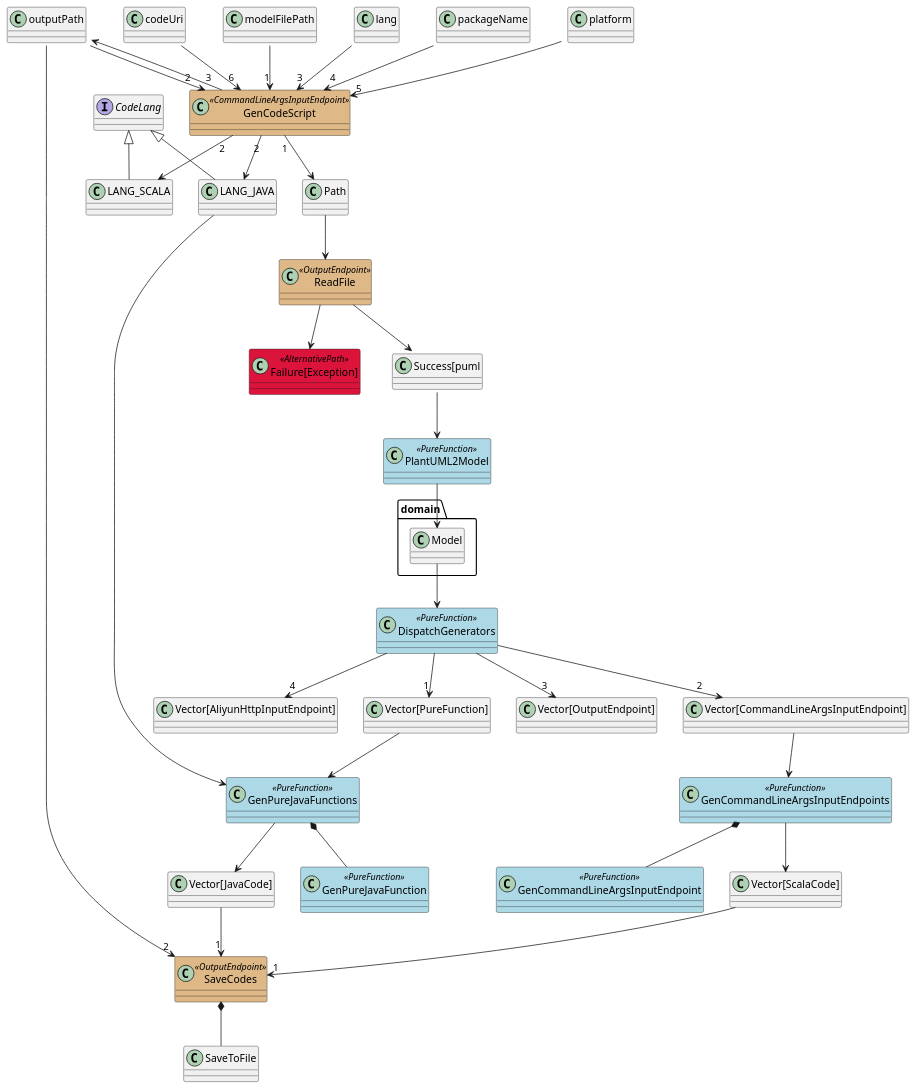
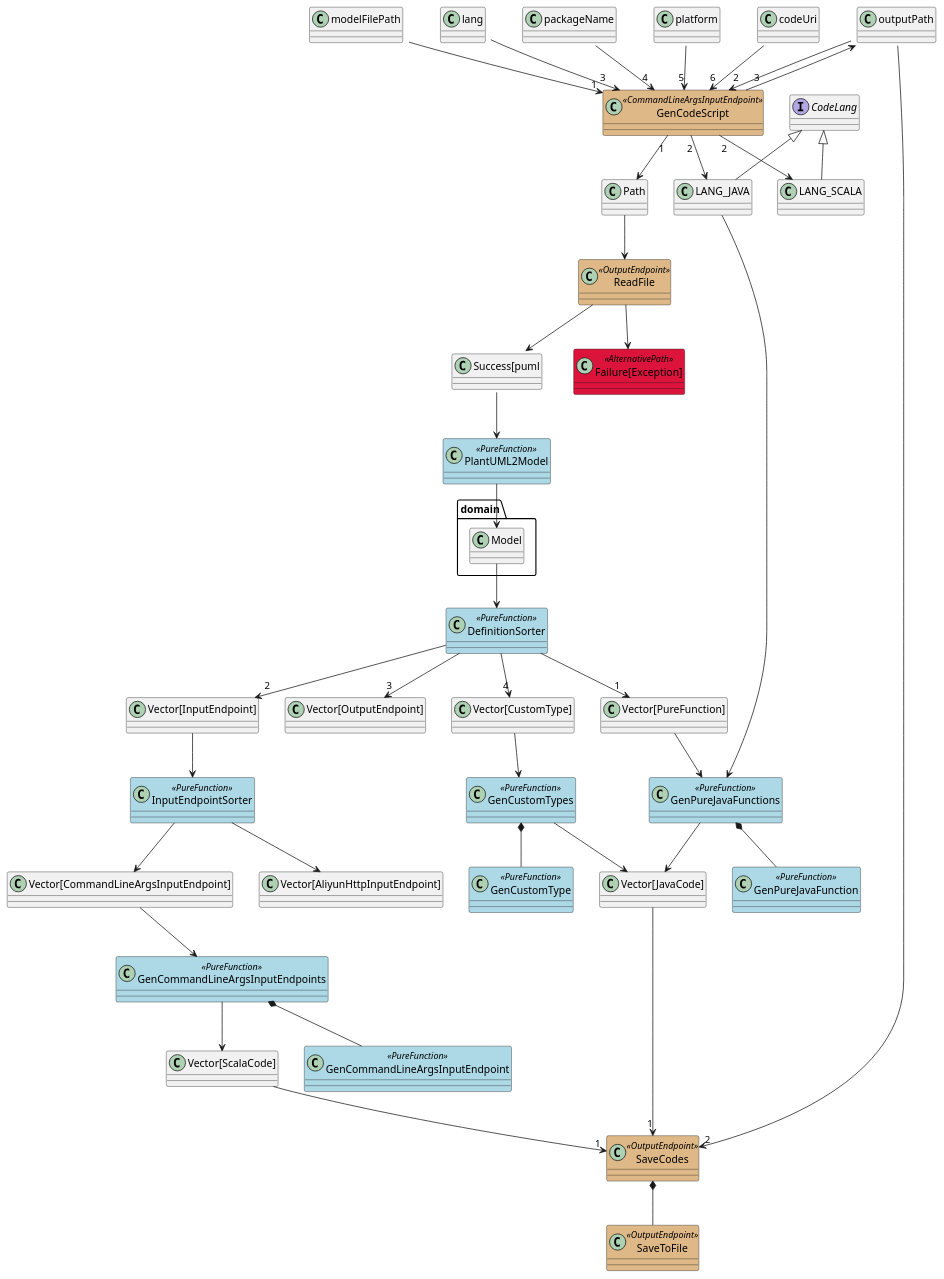
The diagram in typeflow/tooling/GenCode.puml (notyy/TypeFlow), drawn with PlantUML before and after one commit.

Commit message:
improving GenCode model

```diff
--- a/typeflow/tooling/GenCode.puml
+++ b/typeflow/tooling/GenCode.puml
@@ -1,56 +1,66 @@
 @startuml
 skinparam class {
 	BackgroundColor<<CommandLineInputEndpoint>> BurlyWood
 	BackgroundColor<<CommandLineArgsInputEndpoint>> BurlyWood
 	BackgroundColor<<AliyunHttpInputEndpoint>> BurlyWood
 	BackgroundColor<<OutputEndpoint>> BurlyWood
 	BackgroundColor<<PureFunction>> LightBlue
 	BackgroundColor<<AlternativePath>> Crimson
 }
 
 class GenCodeScript <<CommandLineArgsInputEndpoint>>
 class ReadFile <<OutputEndpoint>>
 class PlantUML2Model <<PureFunction>>
 class GenPureJavaFunctions <<PureFunction>>
 class GenPureJavaFunction <<PureFunction>>
 class GenCommandLineArgsInputEndpoints <<PureFunction>>
 class GenCommandLineArgsInputEndpoint <<PureFunction>>
-class DispatchGenerators <<PureFunction>>
+class GenCustomTypes <<PureFunction>>
+class GenCustomType <<PureFunction>>
+class DefinitionSorter <<PureFunction>>
+class InputEndpointSorter <<PureFunction>>
 class SaveCodes <<OutputEndpoint>>
+class SaveToFile <<OutputEndpoint>>
 class "Failure[Exception]" <<AlternativePath>>
 interface CodeLang
 CodeLang <|-- LANG_JAVA
 CodeLang <|-- LANG_SCALA
 
 modelFilePath::String --> "1" GenCodeScript
 outputPath::String --> "2" GenCodeScript
 lang::String --> "3" GenCodeScript
 packageName::String --> "4" GenCodeScript
 platform::String --> "5" GenCodeScript
 codeUri::String --> "6" GenCodeScript
 GenCodeScript "1" --> Path
 GenCodeScript "2" --> LANG_JAVA
 GenCodeScript "2" --> LANG_SCALA
 GenCodeScript "3" --> outputPath::Path
 LANG_JAVA -> GenPureJavaFunctions
 Path --> ReadFile
 ReadFile --> "Success[puml::String]"
 ReadFile --> "Failure[Exception]"
 "Success[puml::String]" --> PlantUML2Model
 PlantUML2Model --> domain.Model
-domain.Model --> DispatchGenerators
-DispatchGenerators --> "1" "Vector[PureFunction]"
-DispatchGenerators --> "2" "Vector[CommandLineArgsInputEndpoint]"
-DispatchGenerators --> "3" "Vector[OutputEndpoint]"
-DispatchGenerators --> "4" "Vector[AliyunHttpInputEndpoint]"
+domain.Model --> DefinitionSorter
+DefinitionSorter --> "1" "Vector[PureFunction]"
+DefinitionSorter --> "2" "Vector[InputEndpoint]"
+DefinitionSorter --> "3" "Vector[OutputEndpoint]"
+DefinitionSorter --> "4" "Vector[CustomType]"
+"Vector[InputEndpoint]" --> InputEndpointSorter
+InputEndpointSorter --> "Vector[CommandLineArgsInputEndpoint]"
+InputEndpointSorter --> "Vector[AliyunHttpInputEndpoint]"
 "Vector[PureFunction]" --> GenPureJavaFunctions
+"Vector[CustomType]" --> GenCustomTypes
+GenCustomTypes --> "Vector[JavaCode]"
+GenCustomTypes *-- GenCustomType
 GenPureJavaFunctions --> "Vector[JavaCode]"
 GenPureJavaFunctions *-- GenPureJavaFunction
 "Vector[CommandLineArgsInputEndpoint]" --> GenCommandLineArgsInputEndpoints
 GenCommandLineArgsInputEndpoints --> "Vector[ScalaCode]"
 GenCommandLineArgsInputEndpoints *-- GenCommandLineArgsInputEndpoint
 "Vector[ScalaCode]" --> "1" SaveCodes
 "Vector[JavaCode]" --> "1" SaveCodes
 outputPath::Path --> "2" SaveCodes
 SaveCodes *-- SaveToFile
 @enduml
```
